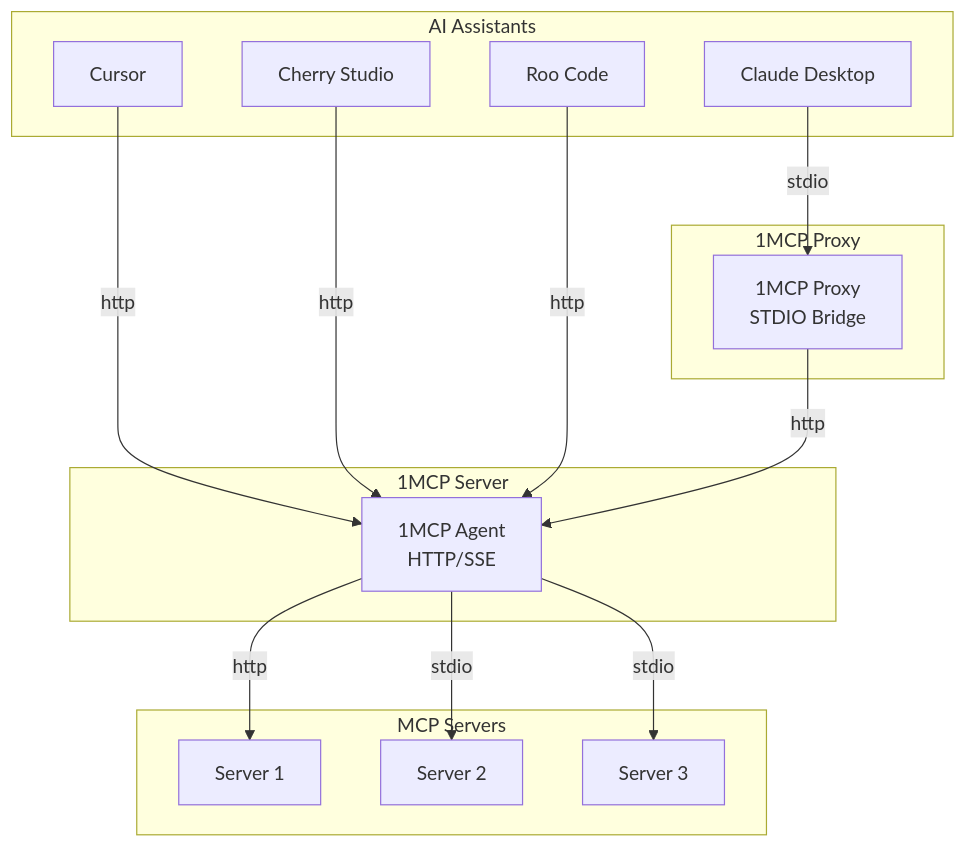
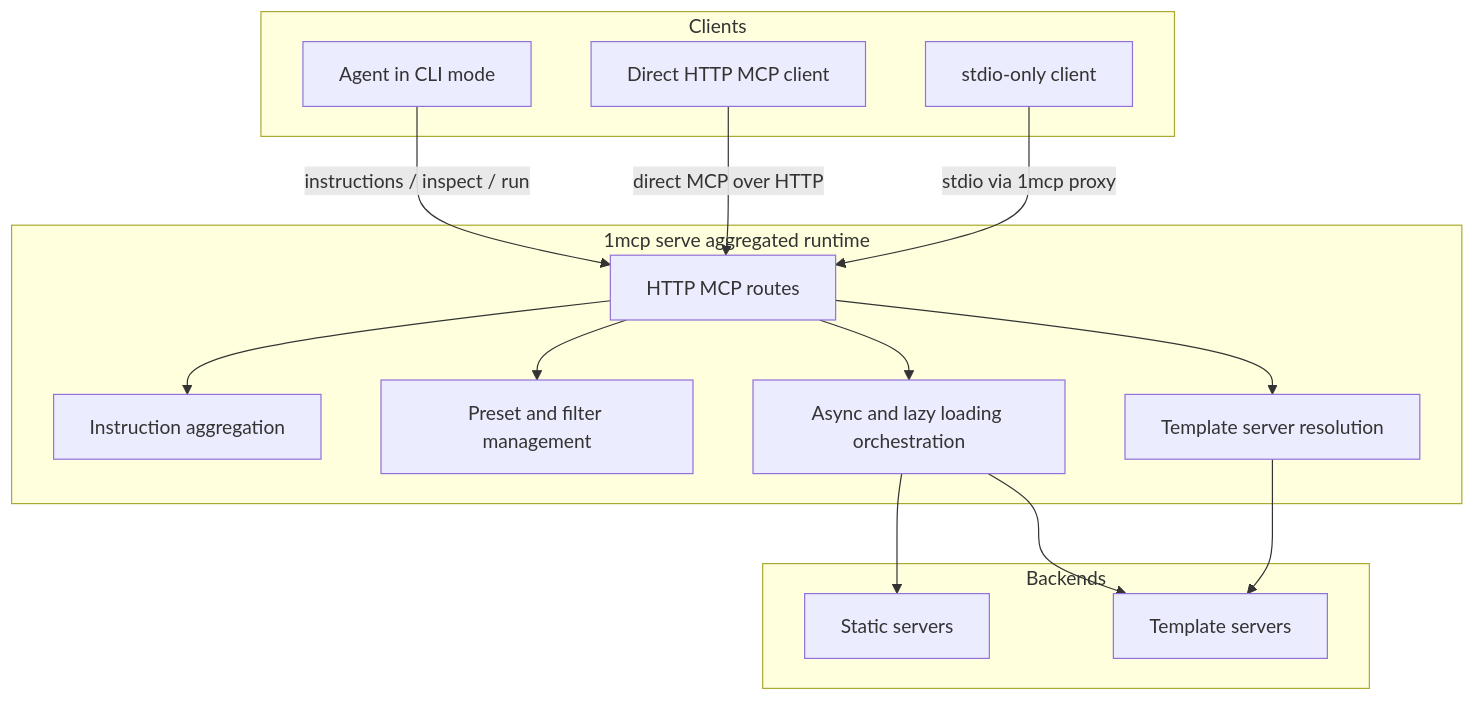
Before and after one commit to 1mcp-app/agent: the diagram in docs/en/reference/architecture.md, drawn with Mermaid. The commit also changed other lines of this file and 30 other files, not shown here.

First line of the commit message:
docs: refresh 1MCP documentation for CLI mode and server filtering (#296)

````diff
--- a/docs/en/reference/architecture.md
+++ b/docs/en/reference/architecture.md
@@ -501,34 +33,32 @@
 ```mermaid
-graph TB
-    subgraph "AI Assistants"
-        A1[Claude Desktop]
-        A2[Cursor]
-        A3[Cherry Studio]
-        A4[Roo Code]
+flowchart TB
+    subgraph Clients
+        A1[Agent in CLI mode]
+        A2[Direct HTTP MCP client]
+        A3[stdio-only client]
     end
 
-    subgraph "1MCP Proxy"
-        P[1MCP Proxy<br/>STDIO Bridge]
+    subgraph Runtime["1mcp serve aggregated runtime"]
+        B1[HTTP MCP routes]
+        B2[Instruction aggregation]
+        B3[Preset and filter management]
+        B4[Async and lazy loading orchestration]
+        B5[Template server resolution]
     end
 
-    subgraph "1MCP Server"
-        MCP[1MCP Agent<br/>HTTP/SSE]
+    subgraph Backends
+        C1[Static servers]
+        C2[Template servers]
     end
 
-    subgraph "MCP Servers"
-        S1[Server 1]
-        S2[Server 2]
-        S3[Server 3]
-    end
-
-    A1 -->|stdio| P
-    A2 -->|http| MCP
-    A3 -->|http| MCP
-    A4 -->|http| MCP
-
-    P -->|http| MCP
-
-    MCP --> |http| S1
-    MCP --> |stdio| S2
-    MCP --> |stdio| S3
+    A1 -->|instructions / inspect / run| B1
+    A2 -->|direct MCP over HTTP| B1
+    A3 -->|stdio via 1mcp proxy| B1
+    B1 --> B2
+    B1 --> B3
+    B1 --> B4
+    B1 --> B5
+    B5 --> C2
+    B4 --> C1
+    B4 --> C2
 ```
````
